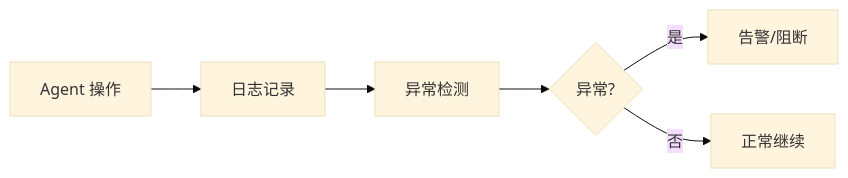
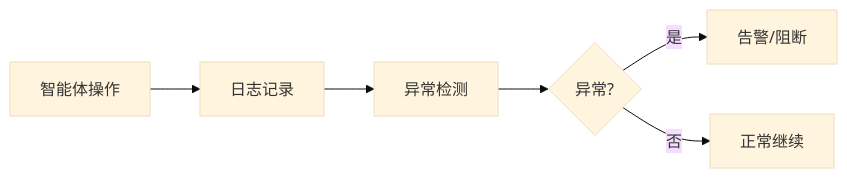
Before and after one commit to yeasy/ai_security_guide: the sixth of 6 diagrams in 07_agent_rag_security/7.1_agent_risks.md, drawn with Mermaid (base theme). The commit also changed other lines of this file and 74 other files, not shown here.

````diff
--- a/07_agent_rag_security/7.1_agent_risks.md
+++ b/07_agent_rag_security/7.1_agent_risks.md
@@ -192,8 +178,8 @@
 ```mermaid
 flowchart LR
-    A["Agent 操作"] --> B["日志记录"]
+    A["智能体操作"] --> B["日志记录"]
     B --> C["异常检测"]
     C --> D{"异常?"}
     D --> |是| E["告警/阻断"]
     D --> |否| F["正常继续"]
 ```
````
